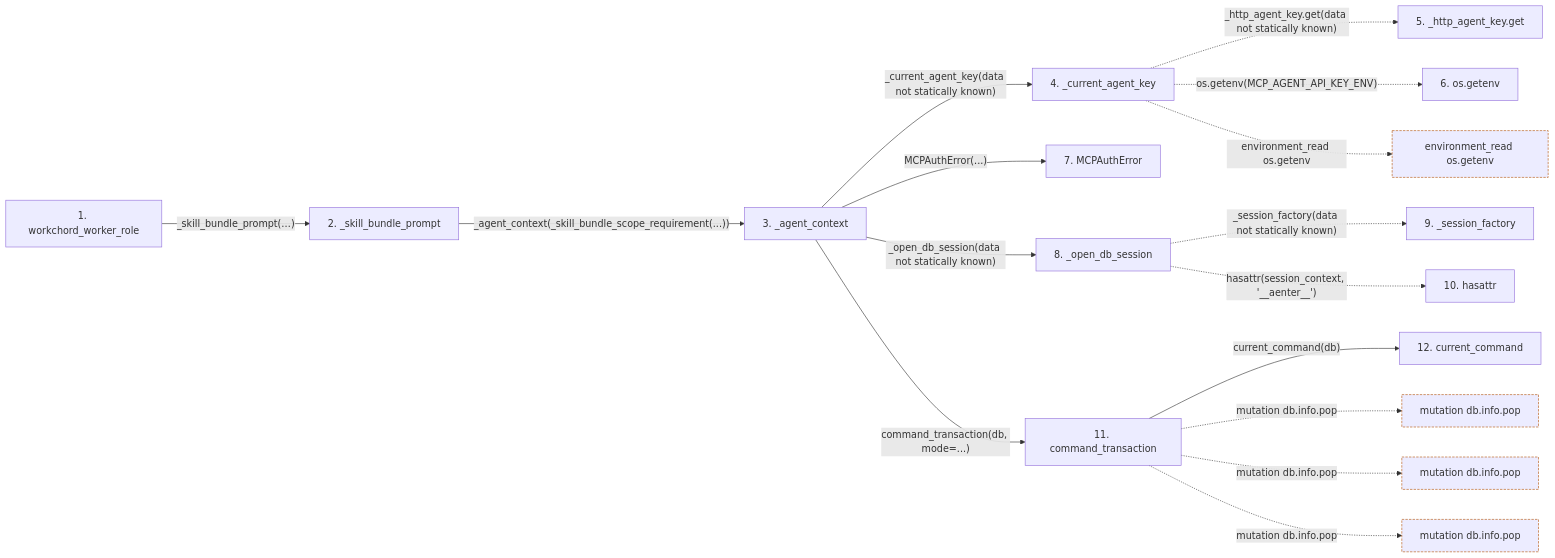
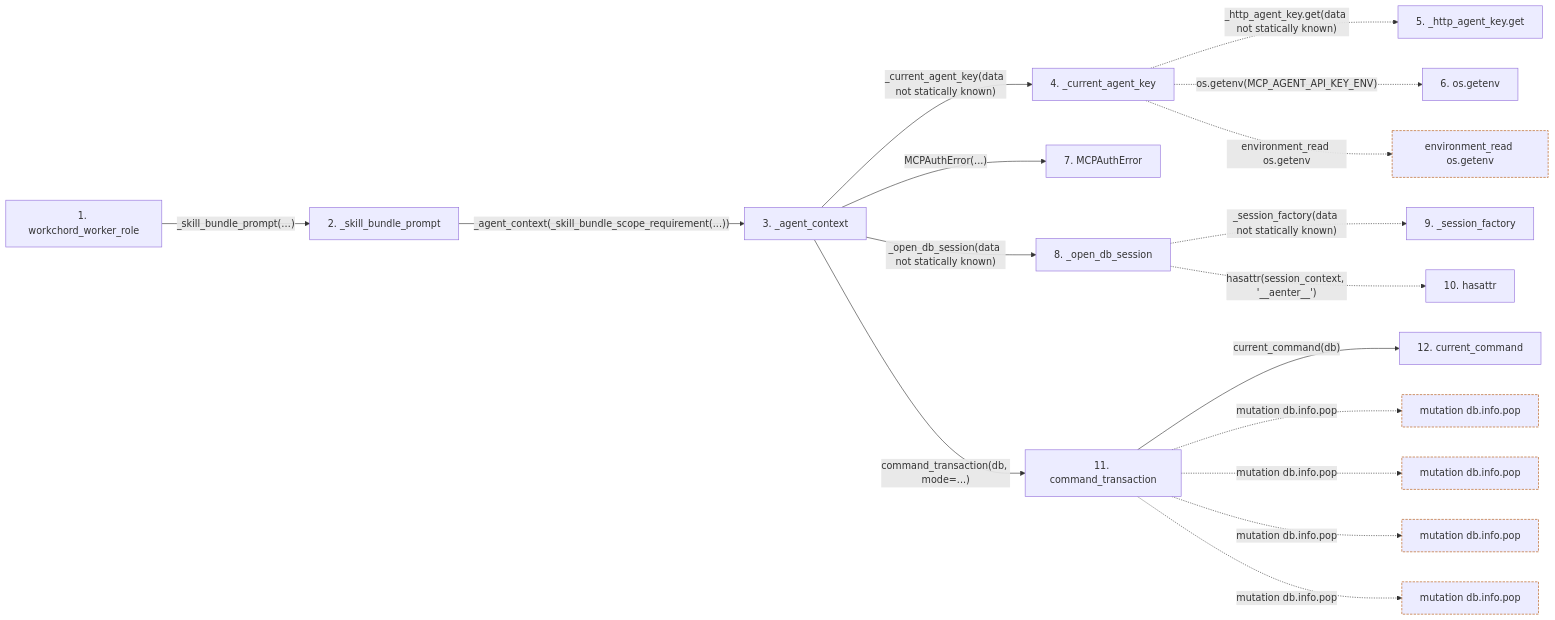
One commit to Denissvgn/WorkChord changed the second of 2 diagrams in docs/llm_wiki/flows/mcp-workchord_worker_role.md. Above: the diagram before and after it, drawn with Mermaid. The commit also changed other lines of this file and 2344 other files, not shown here.

````diff
--- a/docs/llm_wiki/flows/mcp-workchord_worker_role.md
+++ b/docs/llm_wiki/flows/mcp-workchord_worker_role.md
@@ -89,47 +89,50 @@
 ```mermaid
 flowchart LR
     s1["1. workchord_worker_role"]
     s2["2. _skill_bundle_prompt"]
     s3["3. _agent_context"]
     s4["4. _current_agent_key"]
     s5["5. _http_agent_key.get"]
     s6["6. os.getenv"]
     s7["7. MCPAuthError"]
     s8["8. _open_db_session"]
     s9["9. _session_factory"]
     s10["10. hasattr"]
     s11["11. command_transaction"]
     s12["12. current_command"]
     s1 -->|"_skill_bundle_prompt(…)"| s2
     s2 -->|"_agent_context(_skill_bundle_scope_requirement(...))"| s3
     s3 -->|"_current_agent_key(data not statically known)"| s4
     s4 -. "_http_agent_key.get(data not statically known)" .-> s5
     s4 -. "os.getenv(MCP_AGENT_API_KEY_ENV)" .-> s6
     s3 -->|"MCPAuthError(...)"| s7
     s3 -->|"_open_db_session(data not statically known)"| s8
     s8 -. "_session_factory(data not statically known)" .-> s9
     s8 -. "hasattr(session_context, '__aenter__')" .-> s10
     s3 -->|"command_transaction(db, mode=...)"| s11
     s11 -->|"current_command(db)"| s12
     b0["environment_read os.getenv"]
     s4 -. "environment_read os.getenv" .-> b0
     b1["mutation db.info.pop"]
     s11 -. "mutation db.info.pop" .-> b1
     b2["mutation db.info.pop"]
     s11 -. "mutation db.info.pop" .-> b2
     b3["mutation db.info.pop"]
     s11 -. "mutation db.info.pop" .-> b3
+    b4["mutation db.info.pop"]
+    s11 -. "mutation db.info.pop" .-> b4
     click s1 "../modules/mcp_server.md"
     click s2 "../modules/mcp_server.md"
     click s3 "../modules/mcp_server.md"
     click s4 "../modules/mcp_server.md"
     click s7 "../modules/mcp_server.md"
     click s8 "../modules/mcp_server.md"
     click s11 "../modules/commands.md"
     click s12 "../modules/commands.md"
     classDef boundary stroke:#b45309,stroke-dasharray: 4 2
     class b0 boundary
     class b1 boundary
     class b2 boundary
     class b3 boundary
+    class b4 boundary
 ```
````
